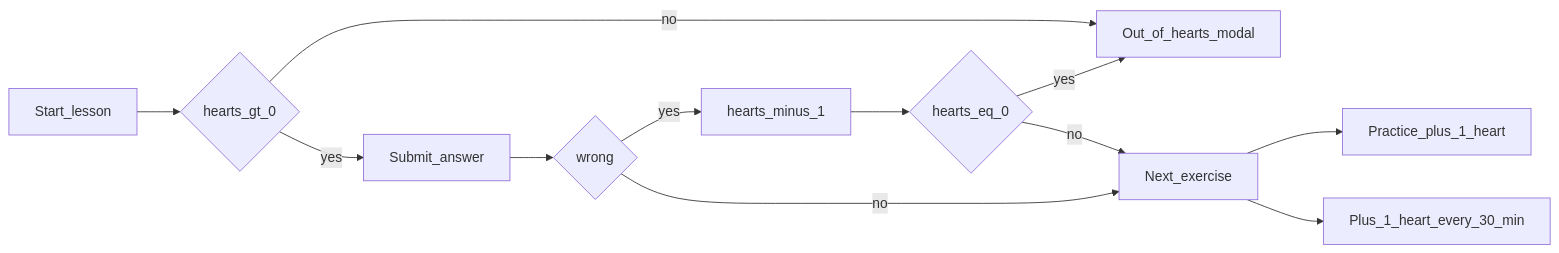
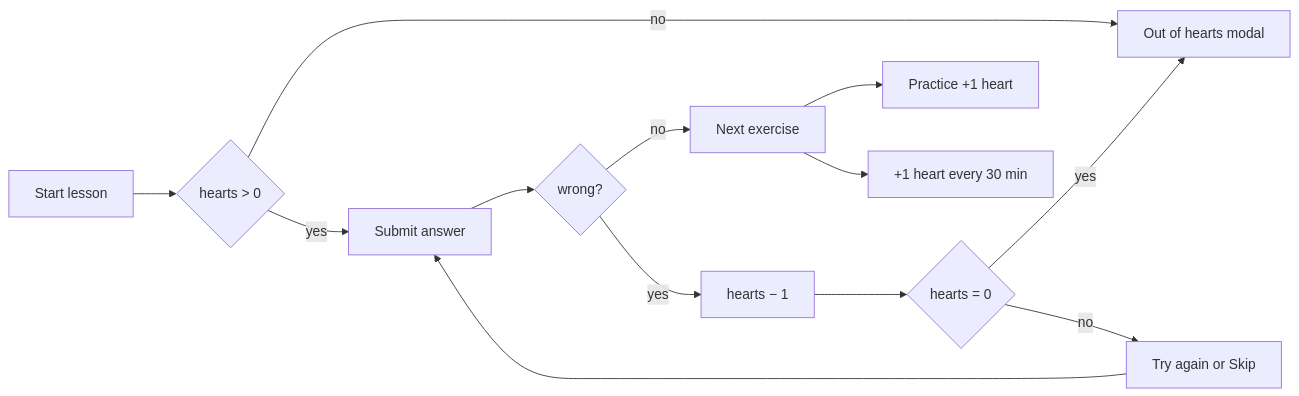
Before and after one commit to phanipaladugula/Fluent: the fifth of 6 diagrams in README.md, drawn with Mermaid. The commit also changed other lines of this file, not shown here.

````diff
--- a/README.md
+++ b/README.md
@@ -299,14 +423,15 @@
 ```mermaid
 flowchart LR
-  Start[Start_lesson] --> HasHearts{hearts_gt_0}
-  HasHearts -->|no| Blocked[Out_of_hearts_modal]
-  HasHearts -->|yes| Answer[Submit_answer]
-  Answer --> Wrong{wrong}
-  Wrong -->|yes| Lose[hearts_minus_1]
-  Lose --> Empty{hearts_eq_0}
+  Start[Start lesson] --> HasHearts{hearts > 0}
+  HasHearts -->|no| Blocked[Out of hearts modal]
+  HasHearts -->|yes| Answer[Submit answer]
+  Answer --> Wrong{wrong?}
+  Wrong -->|yes| Lose[hearts − 1]
+  Lose --> Empty{hearts = 0}
   Empty -->|yes| Blocked
-  Empty -->|no| NextQ[Next_exercise]
-  Wrong -->|no| NextQ
-  NextQ --> Practice[Practice_plus_1_heart]
-  NextQ --> Regen[Plus_1_heart_every_30_min]
+  Empty -->|no| Retry[Try again or Skip]
+  Wrong -->|no| NextQ[Next exercise]
+  Retry --> Answer
+  NextQ --> Practice[Practice +1 heart]
+  NextQ --> Regen[+1 heart every 30 min]
 ```
````
